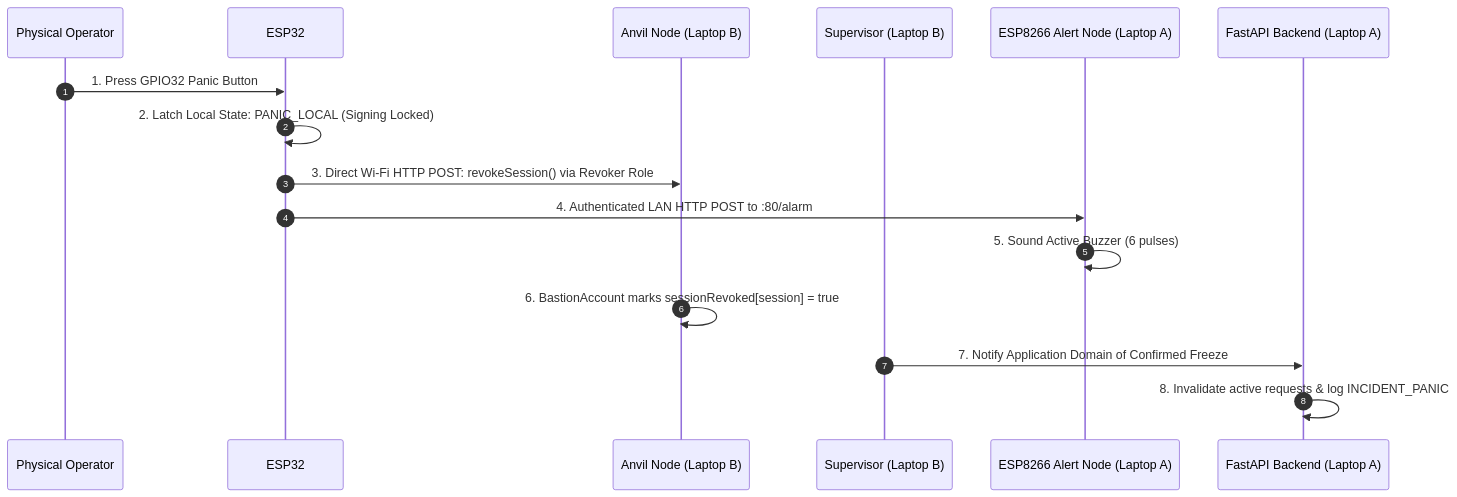
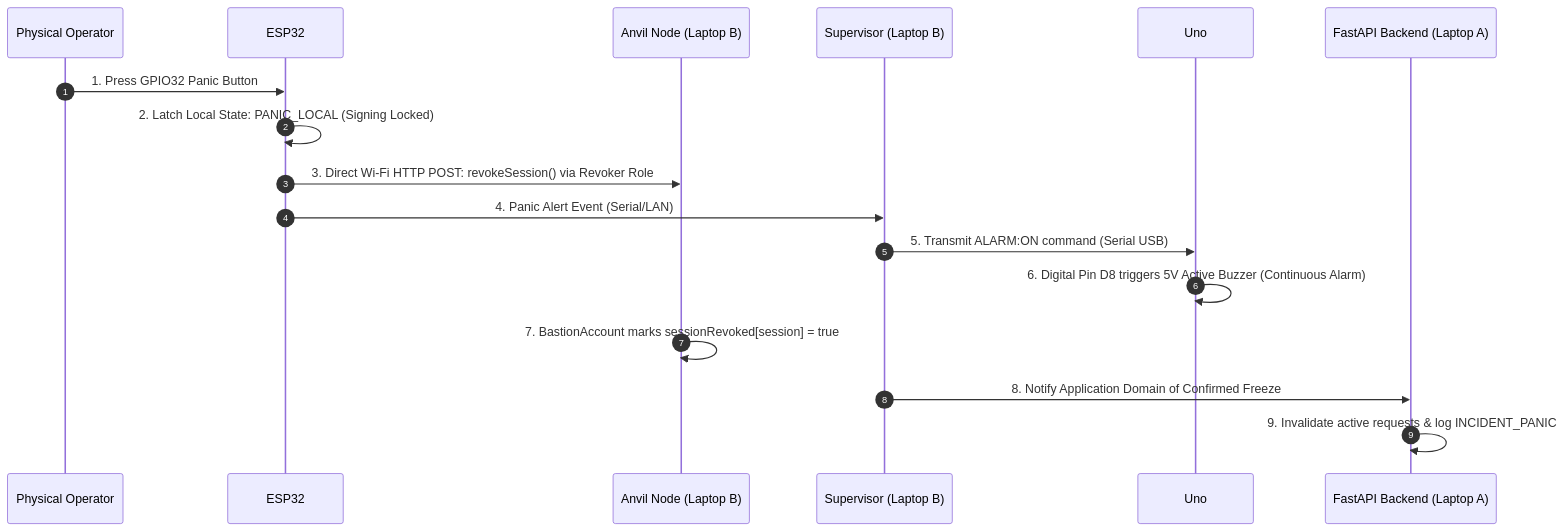
Before and after one commit to kevhim/Phantom-Troupe-Bastion: the second of 2 diagrams in docs/setup/TWO_LAPTOP_INTEGRATION.md, drawn with Mermaid. The commit also changed other lines of this file and 20 other files, not shown here.

Commit message:
feat(hardware): reassign active buzzer to Arduino Uno #1 Pin D8 and decommission ESP8266

````diff
--- a/docs/setup/TWO_LAPTOP_INTEGRATION.md
+++ b/docs/setup/TWO_LAPTOP_INTEGRATION.md
@@ -52,19 +53,20 @@
 ```mermaid
 sequenceDiagram
     autonumber
     participant Op as Physical Operator
     participant Signer as ESP32 #1 Panic Button (Laptop B)
     participant Chain as Anvil Node (Laptop B)
     participant Super as Supervisor (Laptop B)
-    participant Buzzer as ESP8266 Alert Node (Laptop A)
+    participant Uno as Uno #1 Buzzer D8 (Laptop B)
     participant API as FastAPI Backend (Laptop A)
 
     Op->>Signer: 1. Press GPIO32 Panic Button
     Signer->>Signer: 2. Latch Local State: PANIC_LOCAL (Signing Locked)
     Signer->>Chain: 3. Direct Wi-Fi HTTP POST: revokeSession() via Revoker Role
-    Signer->>Buzzer: 4. Authenticated LAN HTTP POST to :80/alarm
-    Buzzer->>Buzzer: 5. Sound Active Buzzer (6 pulses)
-    Chain->>Chain: 6. BastionAccount marks sessionRevoked[session] = true
-    Super->>API: 7. Notify Application Domain of Confirmed Freeze
-    API->>API: 8. Invalidate active requests & log INCIDENT_PANIC
+    Signer->>Super: 4. Panic Alert Event (Serial/LAN)
+    Super->>Uno: 5. Transmit ALARM:ON command (Serial USB)
+    Uno->>Uno: 6. Digital Pin D8 triggers 5V Active Buzzer (Continuous Alarm)
+    Chain->>Chain: 7. BastionAccount marks sessionRevoked[session] = true
+    Super->>API: 8. Notify Application Domain of Confirmed Freeze
+    API->>API: 9. Invalidate active requests & log INCIDENT_PANIC
 ```
````
